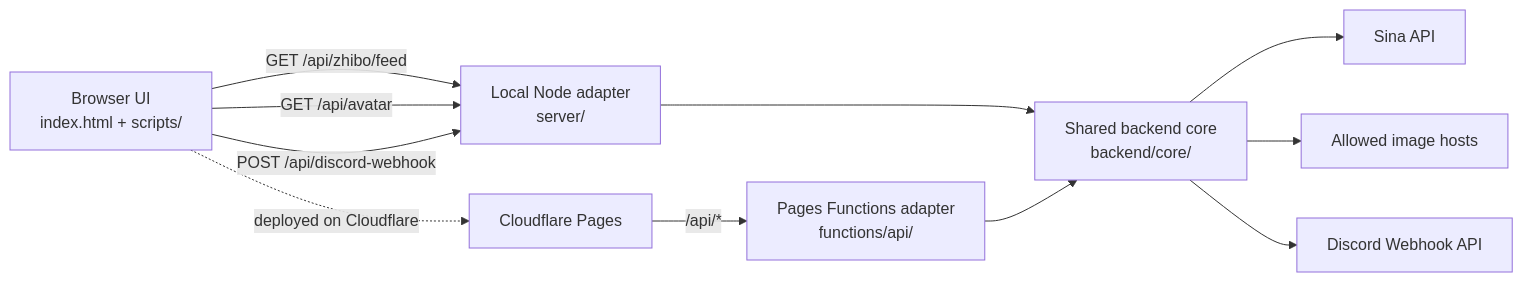
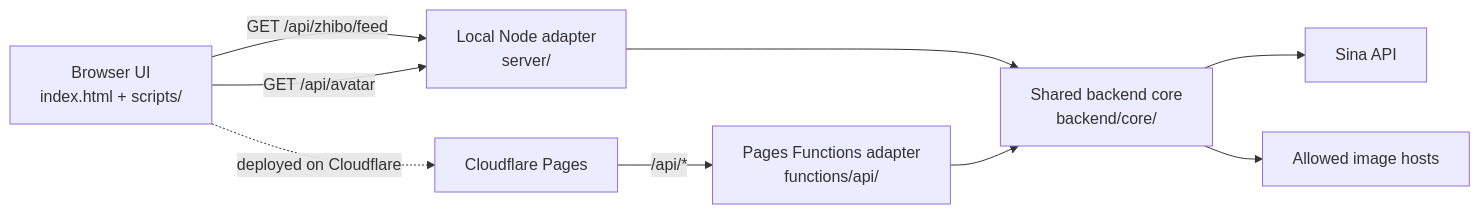
One commit to virtuecho/sina7x24 changed the first of 3 diagrams in ARCHITECTURE.md. Above: the diagram before and after it, drawn with Mermaid. The commit also changed other lines of this file and 14 other files, not shown here.

````diff
--- a/ARCHITECTURE.md
+++ b/ARCHITECTURE.md
@@ -27,16 +20,14 @@
 ```mermaid
 flowchart LR
   Browser["Browser UI<br/>index.html + scripts/"] -->|GET /api/zhibo/feed| Node["Local Node adapter<br/>server/"]
   Browser -->|GET /api/avatar| Node
-  Browser -->|POST /api/discord-webhook| Node
 
   Browser -. deployed on Cloudflare .-> Pages["Cloudflare Pages"]
   Pages -->|/api/*| Functions["Pages Functions adapter<br/>functions/api/"]
 
   Node --> Core["Shared backend core<br/>backend/core/"]
   Functions --> Core
 
   Core --> Sina["Sina API"]
   Core --> Avatar["Allowed image hosts"]
-  Core --> Discord["Discord Webhook API"]
 ```
````
